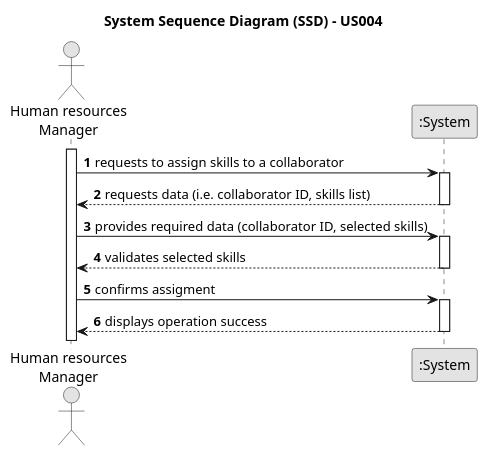
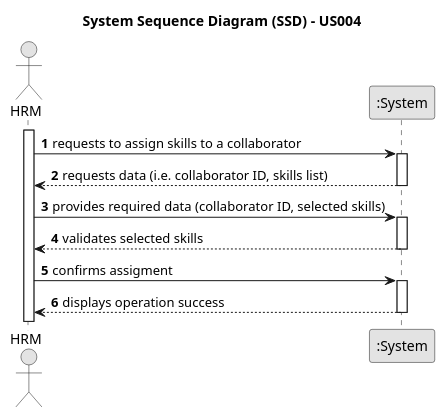
Before and after one commit to ricardomm7/leaflink: the diagram in docs/sprintA/us004/01.requirements-engineering/puml/us004-system-sequence-diagram-alternative-one.puml, drawn with PlantUML. The commit also changed 7 other files, not shown here.

```diff
--- a/docs/sprintA/us004/01.requirements-engineering/puml/us004-system-sequence-diagram-alternative-one.puml
+++ b/docs/sprintA/us004/01.requirements-engineering/puml/us004-system-sequence-diagram-alternative-one.puml
@@ -1,33 +1,33 @@
 @startuml
 skinparam monochrome true
 skinparam packageStyle rectangle
 skinparam shadowing false
 
 title System Sequence Diagram (SSD) - US004
 
 autonumber
 
-actor "Human resources\nManager" as HRM
+actor "HRM" as HRM
 participant ":System" as System
 
 activate HRM
 
     HRM -> System : requests to assign skills to a collaborator
     activate System
 
         System --> HRM : requests data (i.e. collaborator ID, skills list)
     deactivate System
 
     HRM -> System : provides required data (collaborator ID, selected skills)
     activate System
 
         System --> HRM : validates selected skills
     deactivate System
 
     HRM -> System : confirms assigment
     activate System
 
         System --> HRM : displays operation success
     deactivate System
 
 @enduml
```
